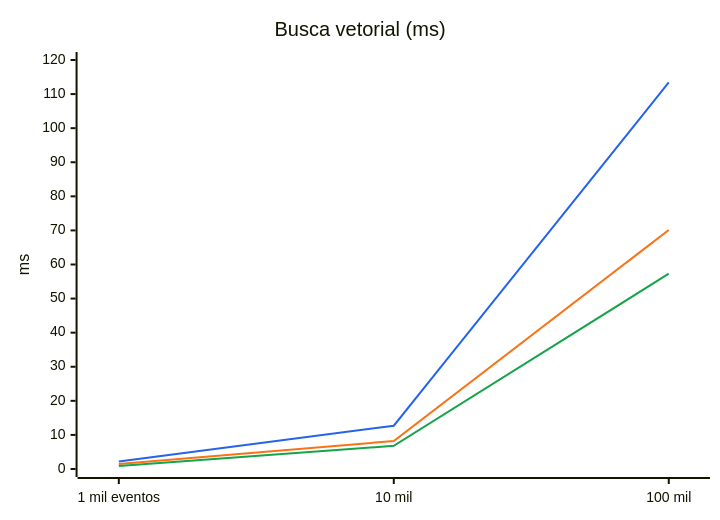
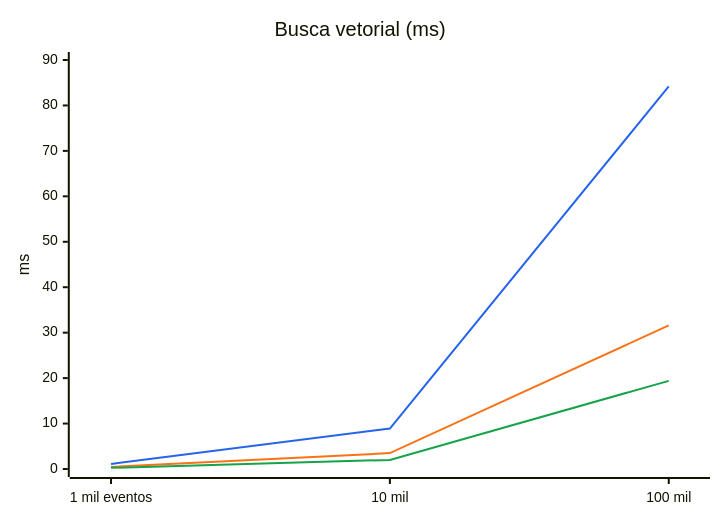
Before and after one commit to Chipskein/cade: the fourth of 8 diagrams in docs/BENCHMARKS.pt-BR.md, drawn with Mermaid. The commit also changed other lines of this file and 6 other files, not shown here.

````diff
--- a/docs/BENCHMARKS.pt-BR.md
+++ b/docs/BENCHMARKS.pt-BR.md
@@ -253,15 +253,15 @@
 ```mermaid
 ---
 config:
   themeVariables:
     xyChart:
       plotColorPalette: "#2563eb, #f97316, #16a34a"
 ---
 xychart-beta
   title "Busca vetorial (ms)"
   x-axis ["1 mil eventos", "10 mil", "100 mil"]
-  y-axis "ms" 0 --> 120
-  line [2.2, 12.7, 113.4]
-  line [1.5, 8.2, 70.1]
-  line [0.9, 6.8, 57.3]
+  y-axis "ms" 0 --> 90
+  line [1.1, 8.9, 84.2]
+  line [0.45, 3.5, 31.6]
+  line [0.25, 2.0, 19.4]
 ```
````
